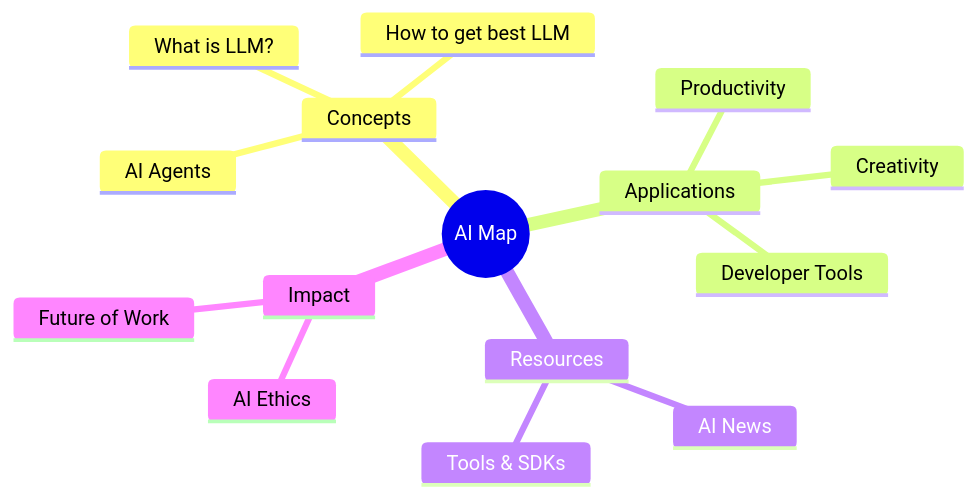
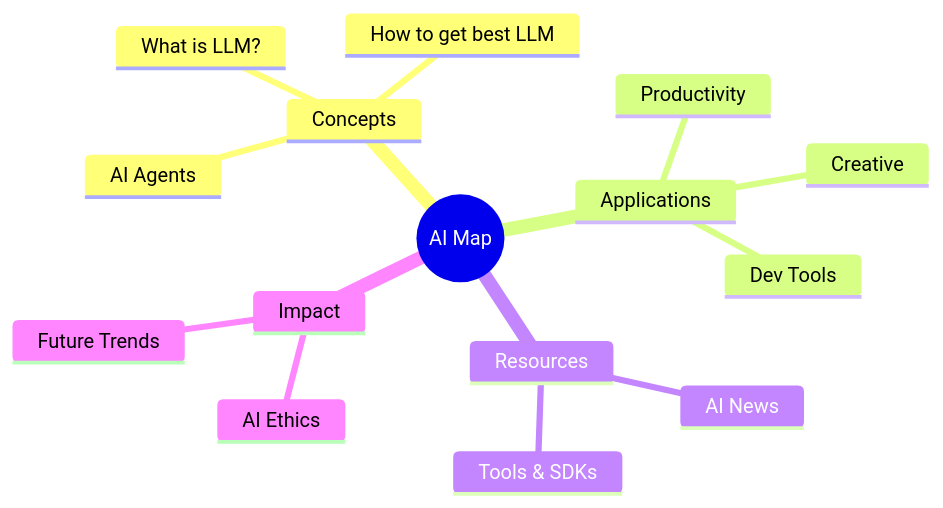
One commit to ultima6-tw/ai-map changed the diagram in docs/en/index.md. Above: the diagram before and after it, drawn with Mermaid. The commit also changed other lines of this file, not shown here.

````diff
--- a/docs/en/index.md
+++ b/docs/en/index.md
@@ -7,18 +7,18 @@
 ```mermaid
 mindmap
   root((AI Map))
     Concepts
       What is LLM?
       How to get best LLM
       AI Agents
     Applications
       Productivity
-      Creativity
-      Developer Tools
+      Creative
+      Dev Tools
     Resources
       AI News
       Tools & SDKs
     Impact
       AI Ethics
-      Future of Work
+      Future Trends
 ```
````
